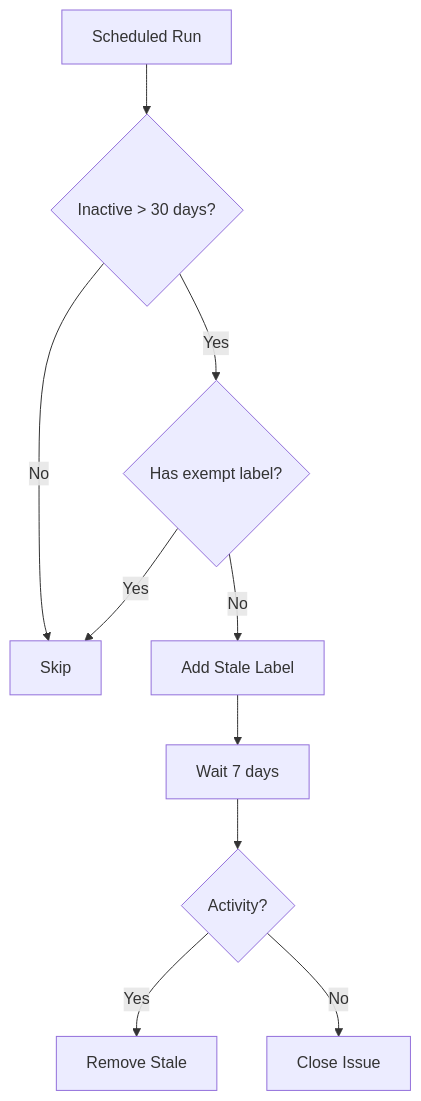
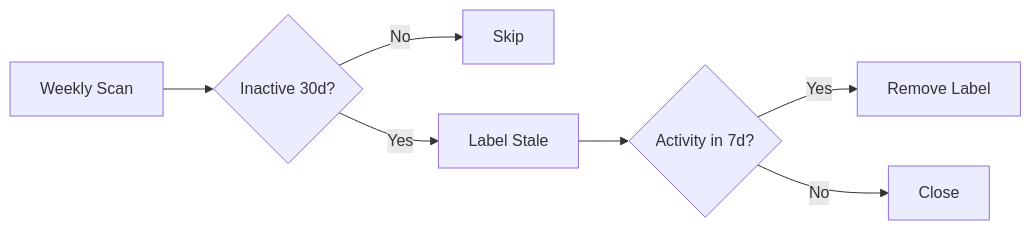
Before and after one commit to ambient-code/reference: the diagram in docs/patterns/stale-issues.md, drawn with Mermaid. The commit also changed 8 other files, not shown here.

First line of the commit message:
docs: simplify mermaid diagrams for visual clarity (#17)

````diff
--- a/docs/patterns/stale-issues.md
+++ b/docs/patterns/stale-issues.md
@@ -41,12 +41,9 @@
 ```mermaid
-flowchart TD
-    A[Scheduled Run] --> B{Inactive > 30 days?}
+flowchart LR
+    A[Weekly Scan] --> B{Inactive 30d?}
     B -->|No| C[Skip]
-    B -->|Yes| D{Has exempt label?}
-    D -->|Yes| C
-    D -->|No| E[Add Stale Label]
-    E --> F[Wait 7 days]
-    F --> G{Activity?}
-    G -->|Yes| H[Remove Stale]
-    G -->|No| I[Close Issue]
+    B -->|Yes| D[Label Stale]
+    D --> E{Activity in 7d?}
+    E -->|Yes| F[Remove Label]
+    E -->|No| G[Close]
 ```
````
